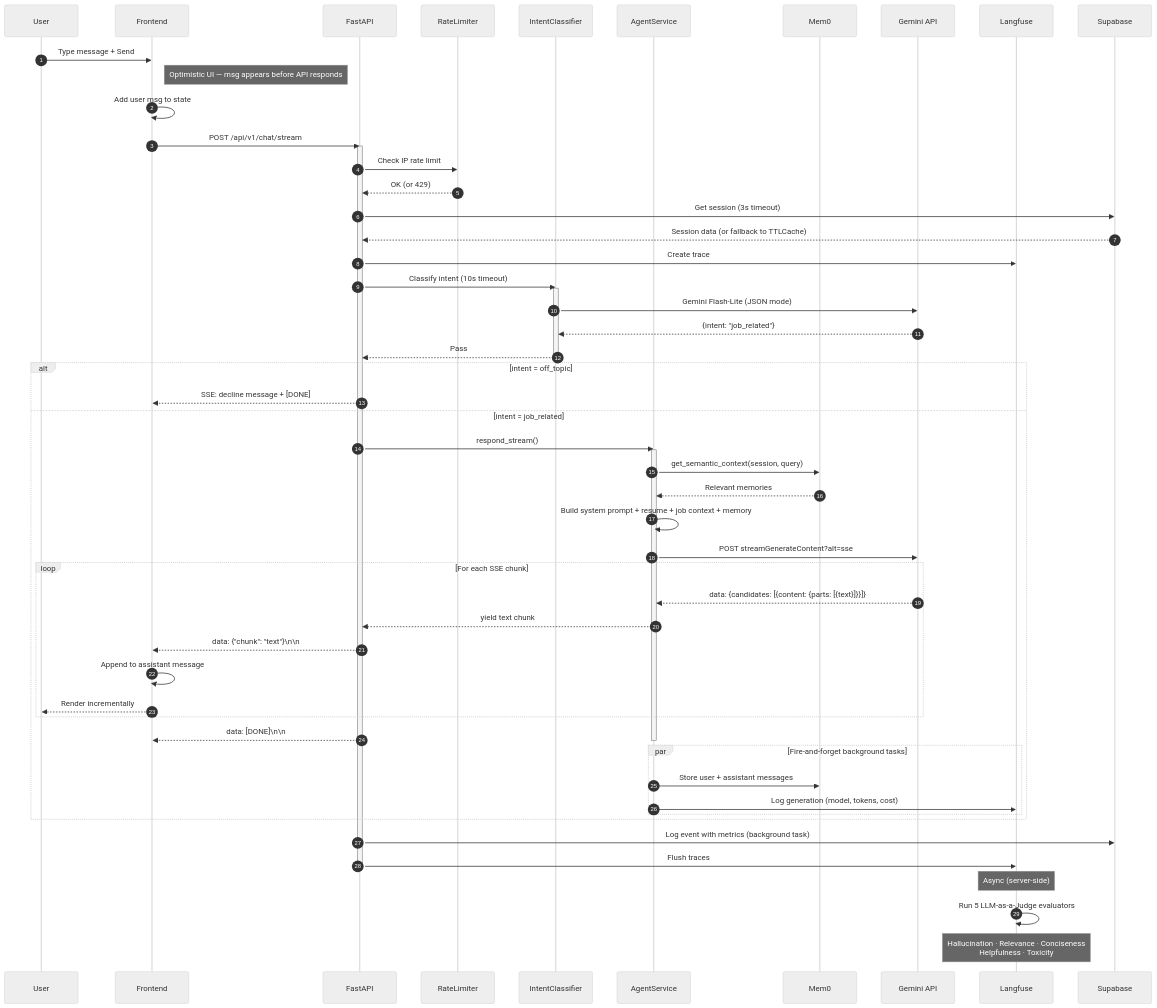
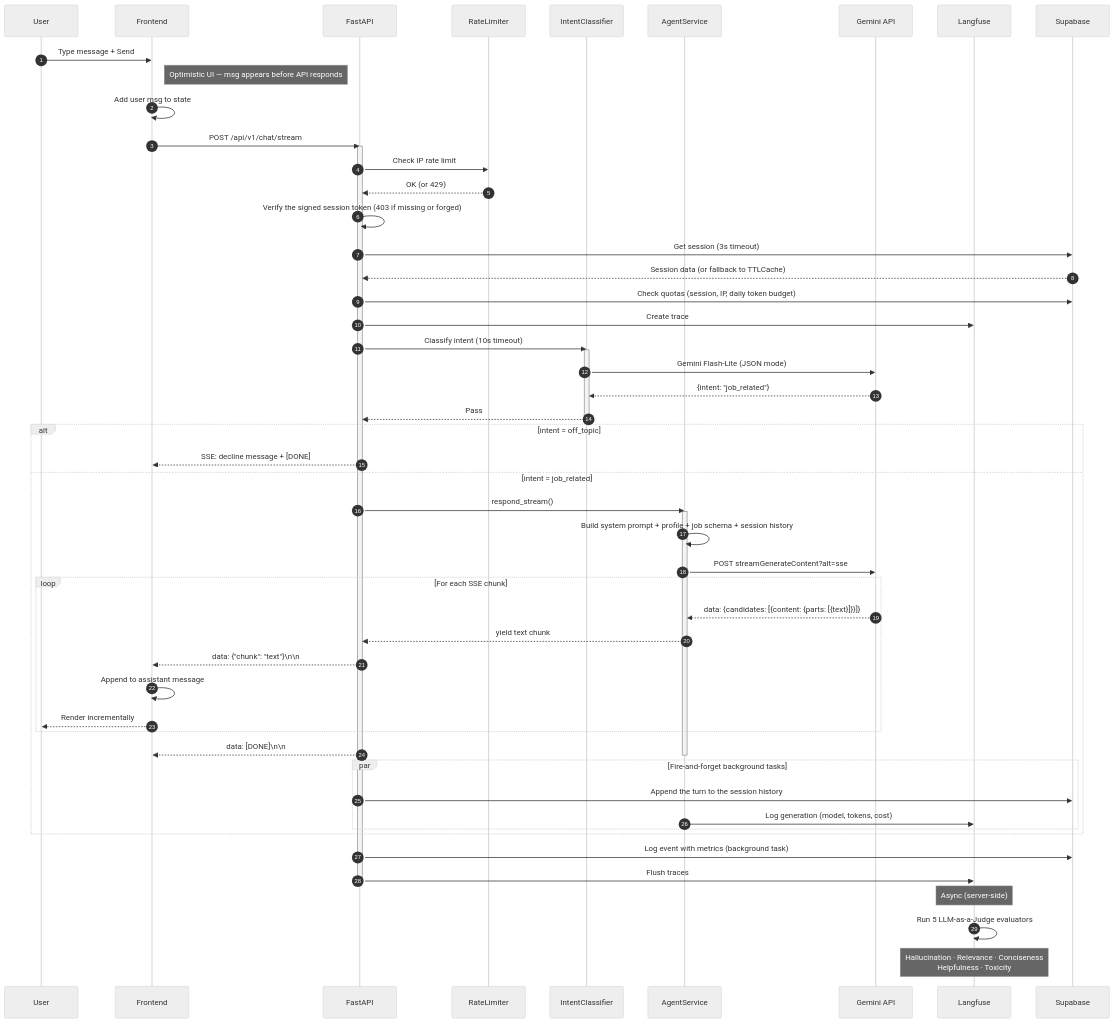
One commit to Rayhanpatel/AI-Resume-Agent changed the second of 4 diagrams in README.md. Above: the diagram before and after it, drawn with Mermaid (neutral theme). The commit also changed other lines of this file and 25 other files, not shown here.

````diff
--- a/README.md
+++ b/README.md
@@ -174,70 +174,69 @@
 ```mermaid
 sequenceDiagram
     autonumber
     participant U as User
     participant F as Frontend
     participant API as FastAPI
     participant RL as RateLimiter
     participant IC as IntentClassifier
     participant AG as AgentService
-    participant M as Mem0
     participant G as Gemini API
     participant L as Langfuse
     participant S as Supabase
 
     U->>F: Type message + Send
     Note right of F: Optimistic UI — msg appears before API responds
     F->>F: Add user msg to state
     F->>API: POST /api/v1/chat/stream
     activate API
 
     API->>RL: Check IP rate limit
     RL-->>API: OK (or 429)
 
+    API->>API: Verify the signed session token (403 if missing or forged)
     API->>S: Get session (3s timeout)
     S-->>API: Session data (or fallback to TTLCache)
+    API->>S: Check quotas (session, IP, daily token budget)
 
     API->>L: Create trace
 
     API->>IC: Classify intent (10s timeout)
     activate IC
     IC->>G: Gemini Flash-Lite (JSON mode)
     G-->>IC: {intent: "job_related"}
     IC-->>API: Pass
     deactivate IC
 
     alt intent = off_topic
         API-->>F: SSE: decline message + [DONE]
     else intent = job_related
         API->>AG: respond_stream()
         activate AG
-        AG->>M: get_semantic_context(session, query)
-        M-->>AG: Relevant memories
-        AG->>AG: Build system prompt + resume + job context + memory
+        AG->>AG: Build system prompt + profile + job schema + session history
         AG->>G: POST streamGenerateContent?alt=sse
 
         loop For each SSE chunk
             G-->>AG: data: {candidates: [{content: {parts: [{text}]}}]}
             AG-->>API: yield text chunk
             API-->>F: data: {"chunk": "text"}\n\n
             F->>F: Append to assistant message
             F-->>U: Render incrementally
         end
 
         API-->>F: data: [DONE]\n\n
         deactivate AG
 
         par Fire-and-forget background tasks
-            AG->>M: Store user + assistant messages
+            API->>S: Append the turn to the session history
             AG->>L: Log generation (model, tokens, cost)
         end
     end
 
     API->>S: Log event with metrics (background task)
     API->>L: Flush traces
     deactivate API
 
     Note over L: Async (server-side)
     L->>L: Run 5 LLM-as-a-Judge evaluators
     Note over L: Hallucination · Relevance · Conciseness<br/>Helpfulness · Toxicity
 ```
````
